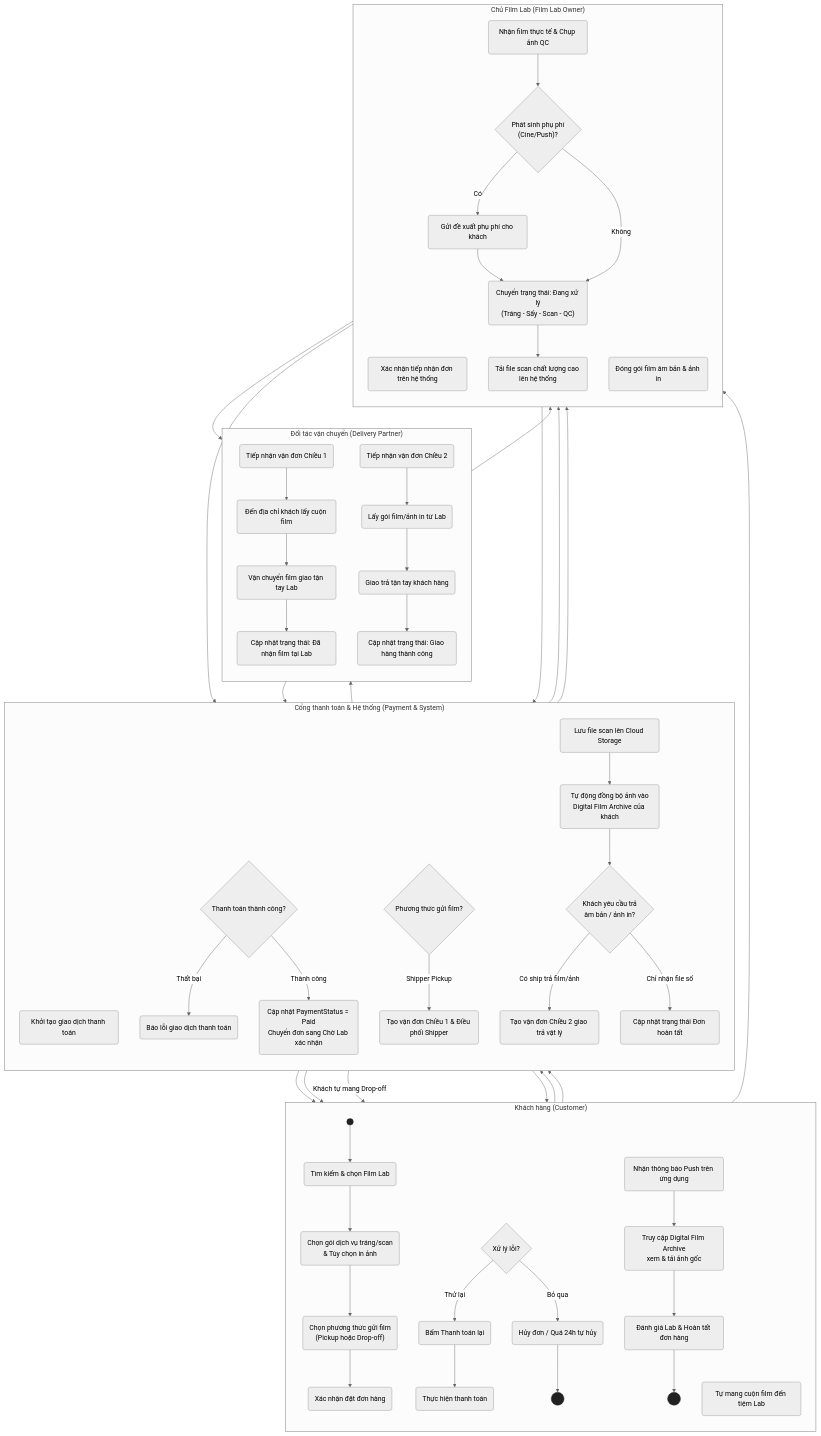
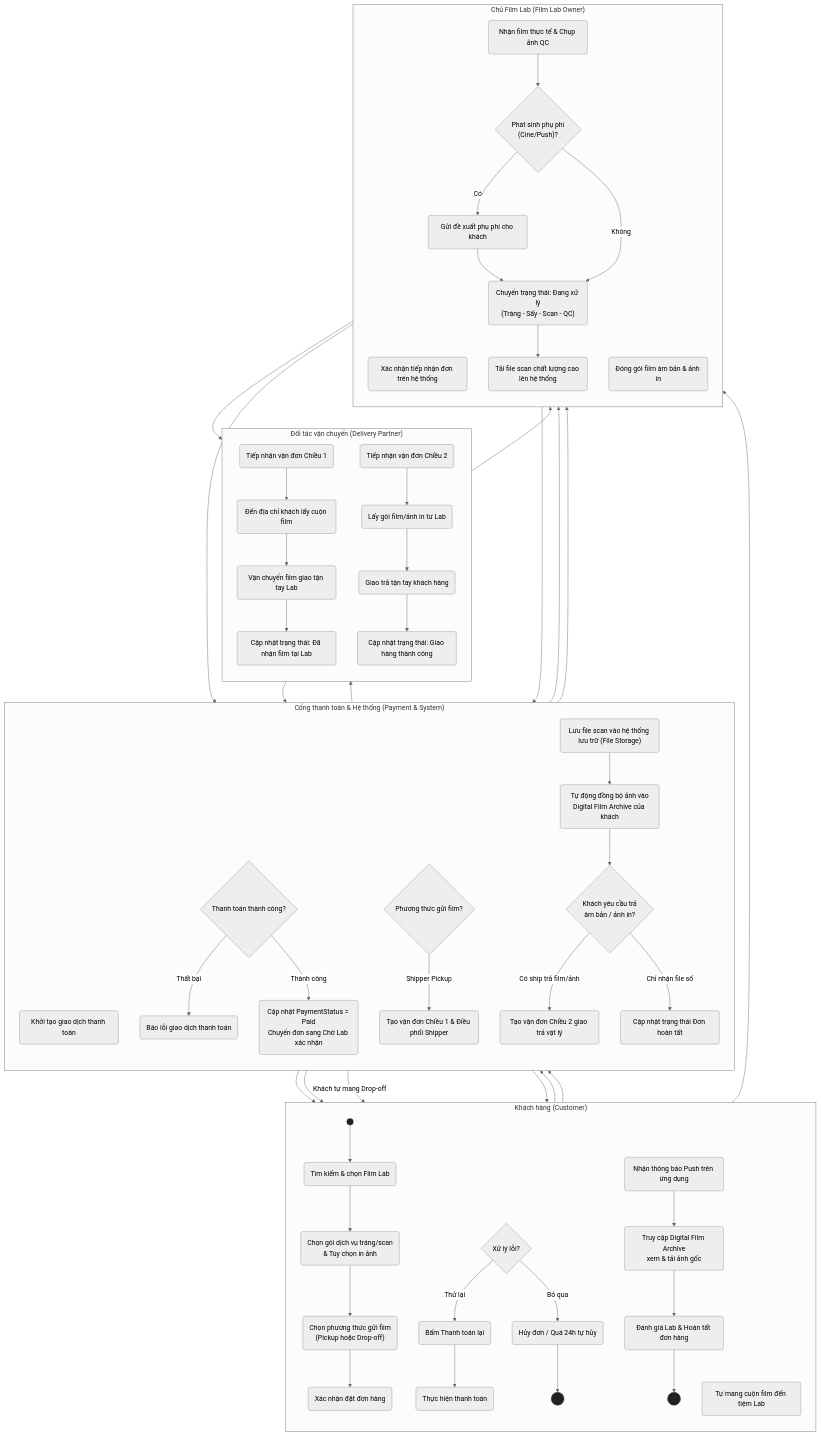
One commit to huylamnhat/Photographer-enthusiastic-environment changed the fifth of 6 diagrams in doc/week 2/so-do-chuc-nang-nghiep-vu.md. Above: the diagram before and after it, drawn with Mermaid (neutral theme). The commit also changed other lines of this file and 3 other files, not shown here.

```diff
--- a/doc/week 2/so-do-chuc-nang-nghiep-vu.md
+++ b/doc/week 2/so-do-chuc-nang-nghiep-vu.md
@@ -336,7 +336,7 @@
         P5("Cập nhật PaymentStatus = Paid<br/>Chuyển đơn sang Chờ Lab xác nhận")
         P_CHECK_SHIP{"Phương thức gửi film?"}
         P6("Tạo vận đơn Chiều 1 & Điều phối Shipper")
-        P7("Lưu file scan lên Cloud Storage")
+        P7("Lưu file scan vào hệ thống lưu trữ (File Storage)")
         P8("Tự động đồng bộ ảnh vào<br/>Digital Film Archive của khách")
         P_CHECK_RETURN{"Khách yêu cầu trả<br/>âm bản / ảnh in?"}
         P10("Tạo vận đơn Chiều 2 giao trả vật lý")
```
